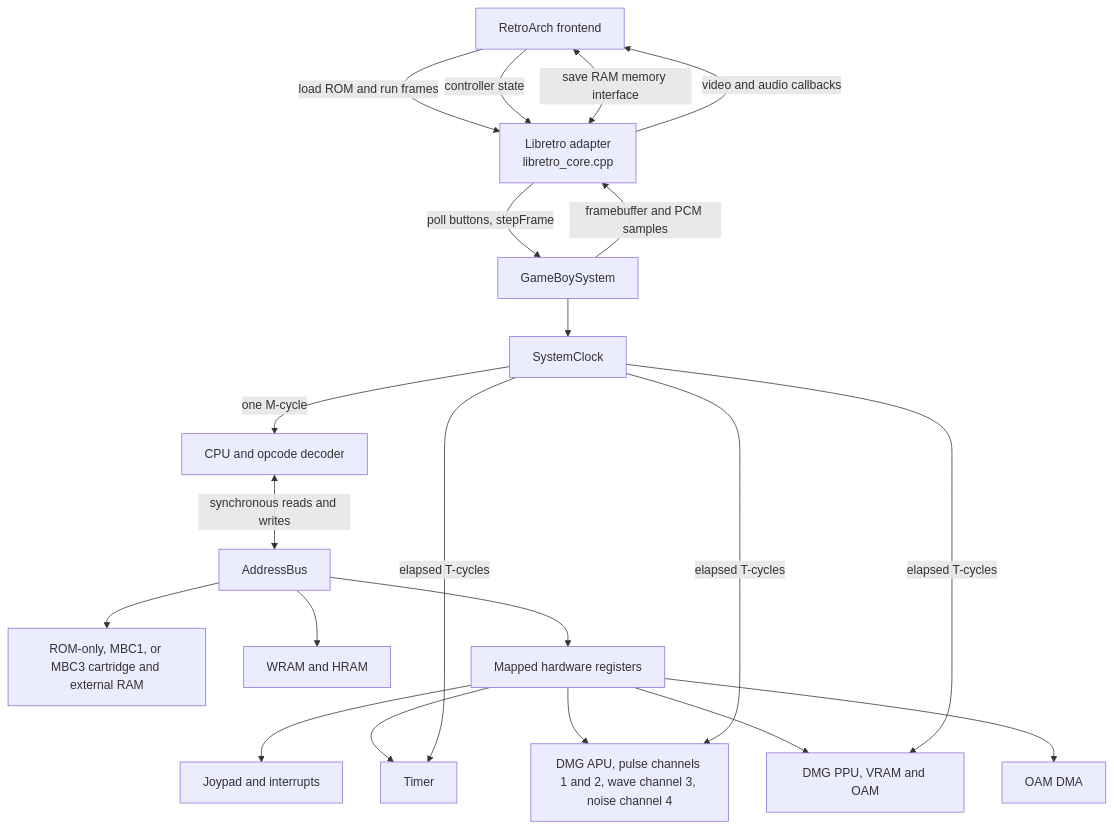
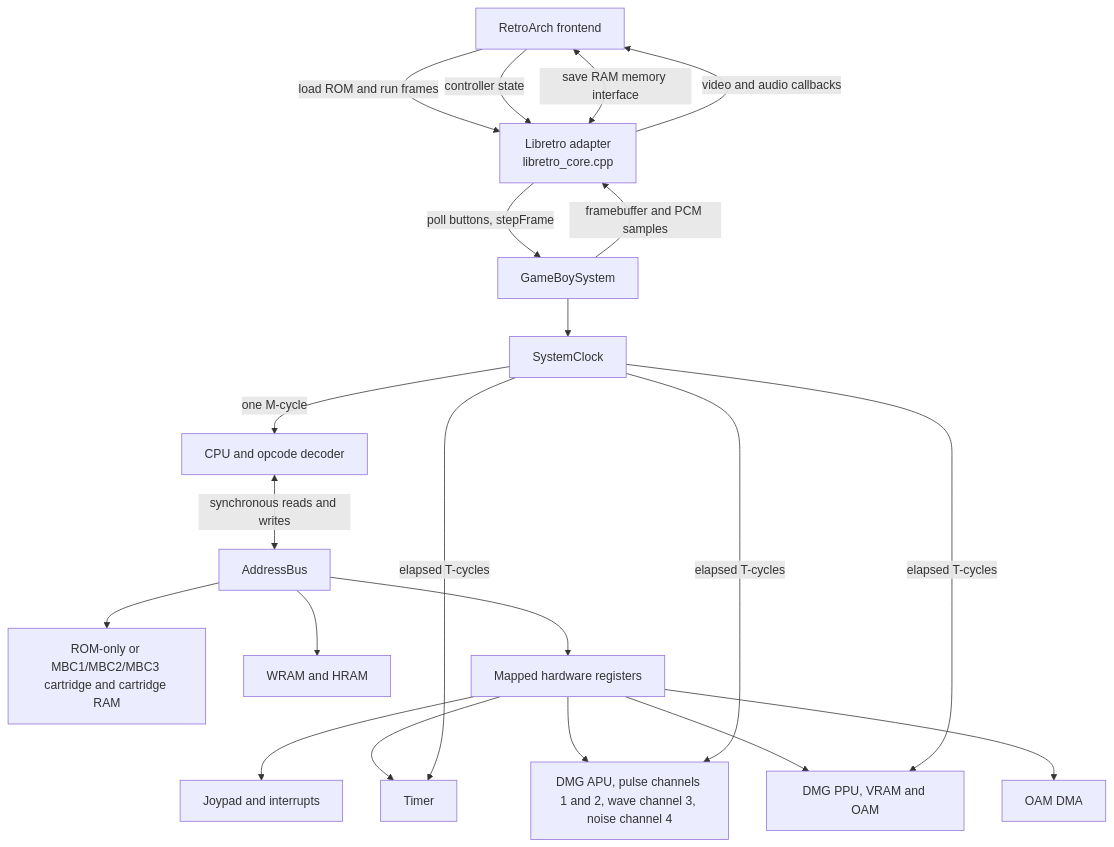
Before and after one commit to jiayeli-hualien/LotusGB: the diagram in docs/architecture.md, drawn with Mermaid. The commit also changed other lines of this file and 7 other files, not shown here.

Commit message:
Add MBC2 cartridge support

````diff
--- a/docs/architecture.md
+++ b/docs/architecture.md
@@ -13,27 +13,27 @@
 ```mermaid
 flowchart TD
     RA[RetroArch frontend] -->|load ROM and run frames| LR[Libretro adapter<br/>libretro_core.cpp]
     RA -->|controller state| LR
     LR -->|poll buttons, stepFrame| SYS[GameBoySystem]
 
     SYS --> CLOCK[SystemClock]
     CLOCK -->|one M-cycle| CPU[CPU and opcode decoder]
     CPU <-->|synchronous reads and writes| BUS[AddressBus]
 
-    BUS --> CART[ROM-only, MBC1, or MBC3 cartridge and external RAM]
+    BUS --> CART[ROM-only or MBC1/MBC2/MBC3 cartridge and cartridge RAM]
     BUS --> RAM[WRAM and HRAM]
     BUS --> IO[Mapped hardware registers]
     IO --> JOY[Joypad and interrupts]
     IO --> TIMER[Timer]
     IO --> APU[DMG APU, pulse channels 1 and 2, wave channel 3, noise channel 4]
     IO --> PPU[DMG PPU, VRAM and OAM]
     IO --> DMA[OAM DMA]
 
     CLOCK -->|elapsed T-cycles| TIMER
     CLOCK -->|elapsed T-cycles| APU
     CLOCK -->|elapsed T-cycles| PPU
 
     SYS -->|framebuffer and PCM samples| LR
     RA <-->|save RAM memory interface| LR
     LR -->|video and audio callbacks| RA
 ```
````
